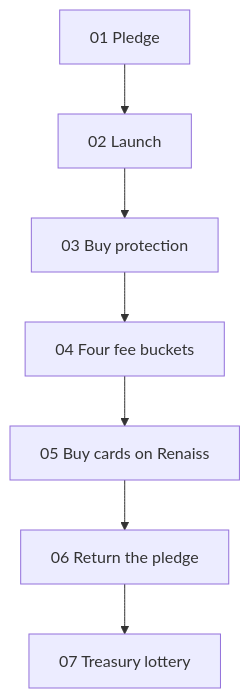
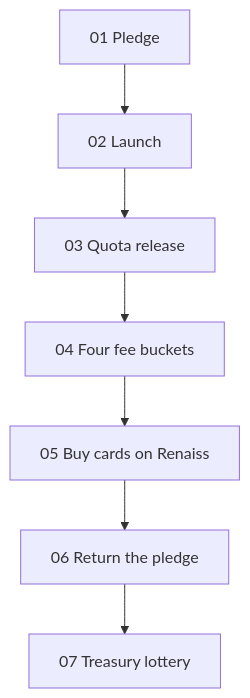
Before and after one commit to tcahub/tca-docs: the diagram in 02-mechanism.md, drawn with Mermaid. The commit also changed other lines of this file and 10 other files, not shown here.

````diff
--- a/02-mechanism.md
+++ b/02-mechanism.md
@@ -5,9 +5,9 @@
 ```mermaid
 flowchart TD
   pledge[01 Pledge] --> launch[02 Launch]
-  launch --> protect[03 Buy protection]
-  protect --> fees[04 Four fee buckets]
+  launch --> quota[03 Quota release]
+  quota --> fees[04 Four fee buckets]
   fees --> cards[05 Buy cards on Renaiss]
   cards --> returnPledge[06 Return the pledge]
   returnPledge --> lottery[07 Treasury lottery]
 ```
````
